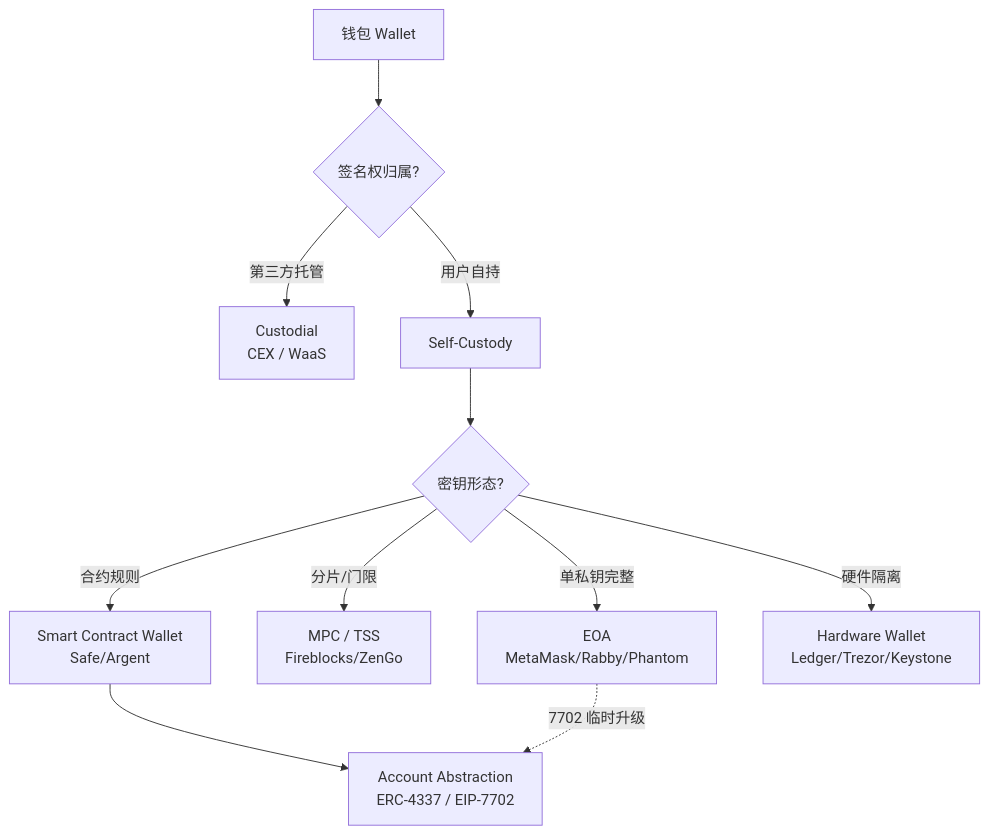
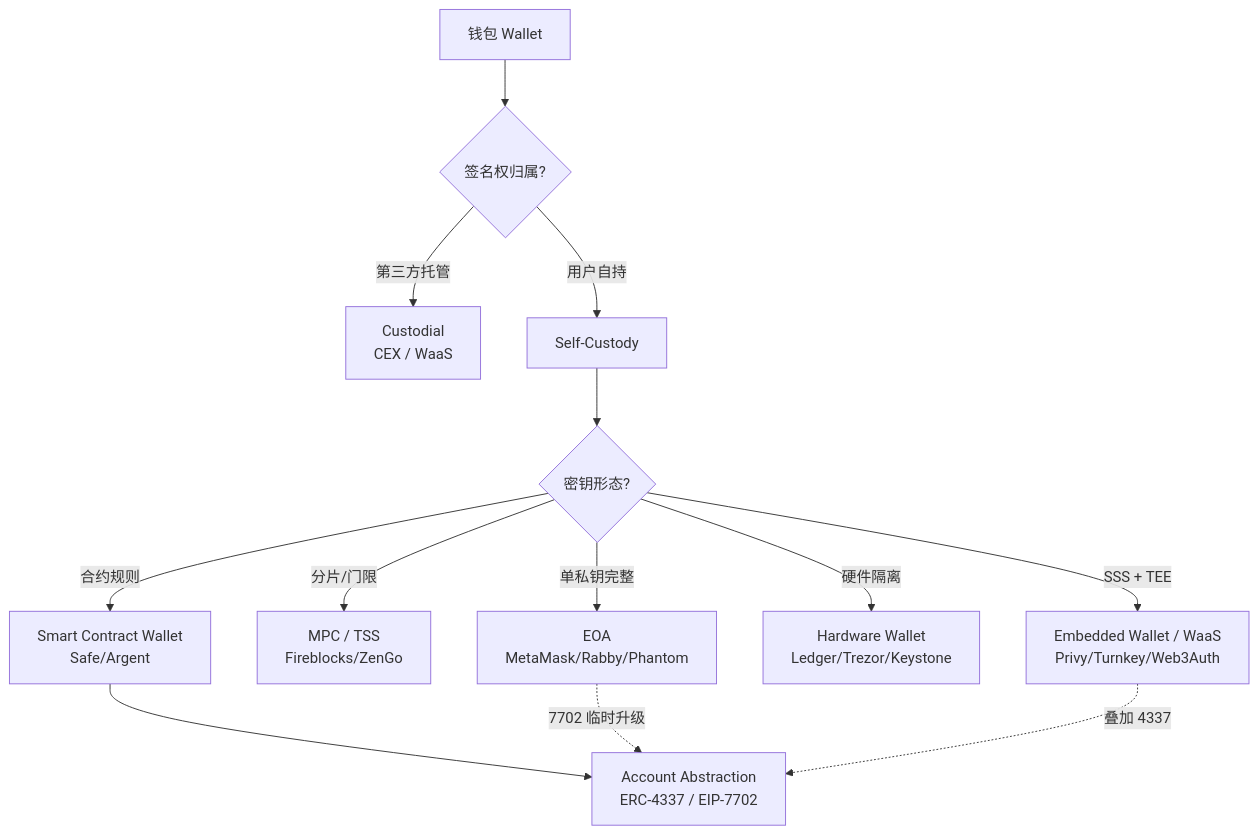
The diagram in 02-wallet/_index.md (wheatli/web3-knowledge), drawn with Mermaid before and after one commit. The commit also changed other lines of this file and 3 other files, not shown here.

First line of the commit message:
docs(wallet): add Privy embedded wallet deep-dive (SSS + AWS Nitro Enclave)

````diff
--- a/02-wallet/_index.md
+++ b/02-wallet/_index.md
@@ -92,15 +92,17 @@
 ```mermaid
 flowchart TD
     Root[钱包 Wallet] --> Who{签名权归属?}
     Who -->|第三方托管| Cust[Custodial<br/>CEX / WaaS]
     Who -->|用户自持| Self[Self-Custody]
 
     Self --> Shape{密钥形态?}
     Shape -->|单私钥完整| EOA[EOA<br/>MetaMask/Rabby/Phantom]
     Shape -->|分片/门限| MPC[MPC / TSS<br/>Fireblocks/ZenGo]
     Shape -->|合约规则| SCW[Smart Contract Wallet<br/>Safe/Argent]
     Shape -->|硬件隔离| HW[Hardware Wallet<br/>Ledger/Trezor/Keystone]
+    Shape -->|SSS + TEE| WaaS[Embedded Wallet / WaaS<br/>Privy/Turnkey/Web3Auth]
 
     SCW --> AA[Account Abstraction<br/>ERC-4337 / EIP-7702]
     EOA -.7702 临时升级.-> AA
+    WaaS -.叠加 4337.-> AA
 ```
````
